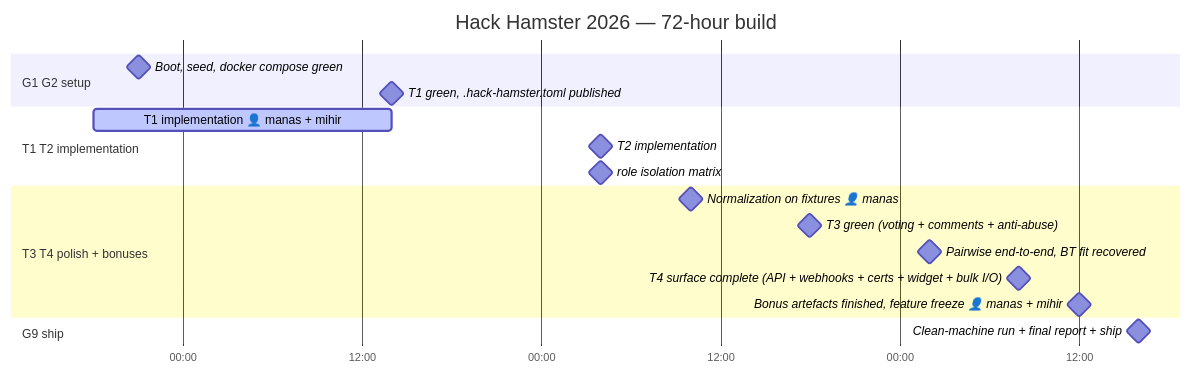
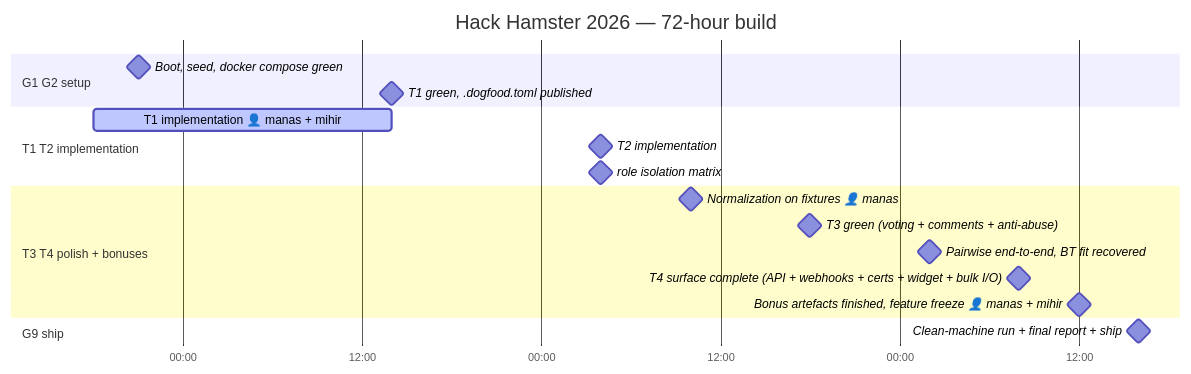
The diagram in docs/PLAN.md (choksi2212/dogfood-hackathon), drawn with Mermaid before and after one commit. The commit also changed other lines of this file and 7 other files, not shown here.

Commit message:
docs(freeze): rename every remaining .hack-hamster.toml reference to .dogfood.toml; DATA-MODEL states plainly CSV is export-only with JSON as the round-trip path (fixes #94, docs layer; #90 completion across docs/)

````diff
--- a/docs/PLAN.md
+++ b/docs/PLAN.md
@@ -35,23 +35,23 @@
 ```mermaid
 gantt
     title Hack Hamster 2026 — 72-hour build
     dateFormat  YYYY-MM-DDTHH:mm:ssZ
     axisFormat  %H:%M
     tickInterval 12hour
     %% Sep 26 18:00 UTC → Sep 29 18:00 UTC (H+0 → H+72)
     section G1 G2 setup
     Boot, seed, docker compose green     :milestone, g1, 2026-09-26T21:00:00Z, 0m
-    T1 green, .hack-hamster.toml published :milestone, g2, 2026-09-27T14:00:00Z, 0m
+    T1 green, .dogfood.toml published :milestone, g2, 2026-09-27T14:00:00Z, 0m
     section T1 T2 implementation
     T1 implementation 👤 manas + mihir :active, t1, 2026-09-26T18:00:00Z, 20h
     T2 implementation :milestone, g3, 2026-09-28T04:00:00Z, 0m
     role isolation matrix :milestone, g3b, 2026-09-28T04:00:00Z, 0m
     section T3 T4 polish + bonuses
     Normalization on fixtures 👤 manas          :milestone, g4, 2026-09-28T10:00:00Z, 0m
     T3 green (voting + comments + anti-abuse)  :milestone, g5, 2026-09-28T18:00:00Z, 0m
     Pairwise end-to-end, BT fit recovered     :milestone, g6, 2026-09-29T02:00:00Z, 0m
     T4 surface complete (API + webhooks + certs + widget + bulk I/O) :milestone, g7, 2026-09-29T08:00:00Z, 0m
     Bonus artefacts finished, feature freeze 👤 manas + mihir :milestone, g8, 2026-09-29T12:00:00Z, 0m
     section G9 ship
     Clean-machine run + final report + ship  :milestone, g9, 2026-09-29T16:00:00Z, 0m
 ```
````
